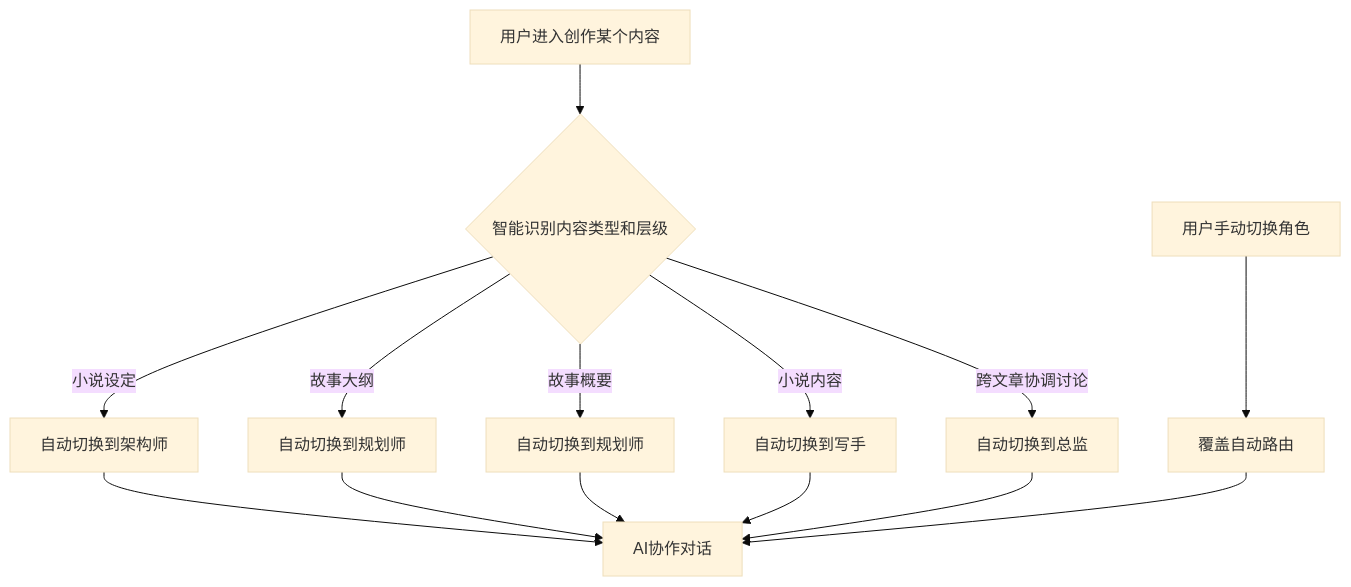
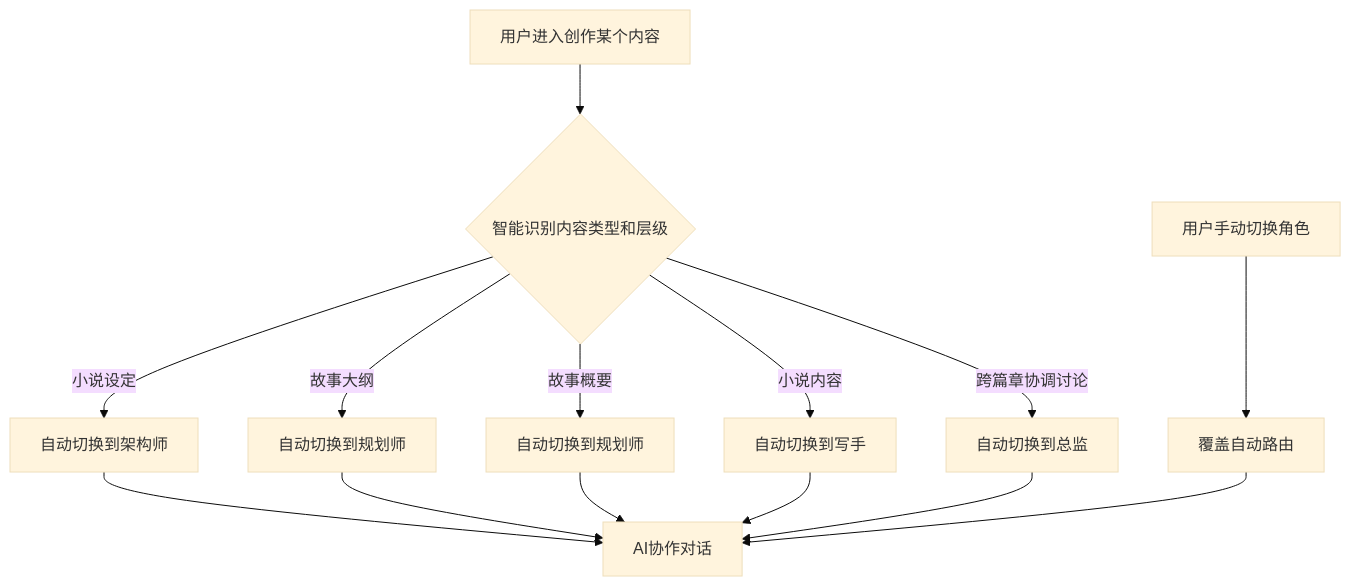
One commit to jiangxia/novel-sys changed the fourth of 6 diagrams in docs/【PRD】小说创作工具.md. Above: the diagram before and after it, drawn with Mermaid (base theme). The commit also changed other lines of this file and 4 other files, not shown here.

````diff
--- a/docs/【PRD】小说创作工具.md
+++ b/docs/【PRD】小说创作工具.md
@@ -187,17 +187,17 @@
 ```mermaid
 flowchart TD
     A[用户进入创作某个内容] --> B{智能识别内容类型和层级}
     B -->|小说设定| C[自动切换到架构师]
     B -->|故事大纲| D[自动切换到规划师]
     B -->|故事概要| E[自动切换到规划师]
     B -->|小说内容| F[自动切换到写手]
-    B -->|跨文章协调讨论| G[自动切换到总监]
+    B -->|跨篇章协调讨论| G[自动切换到总监]
 
     H[用户手动切换角色] --> I[覆盖自动路由]
     C --> J[AI协作对话]
     D --> J
     E --> J
     F --> J
     G --> J
     I --> J
 ```
````
